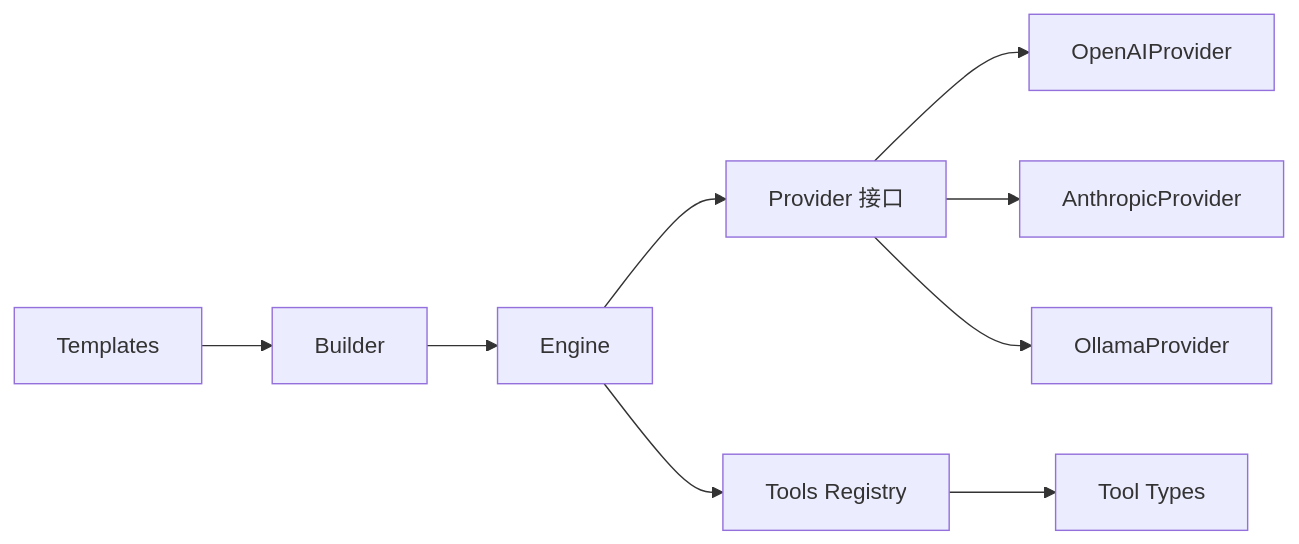
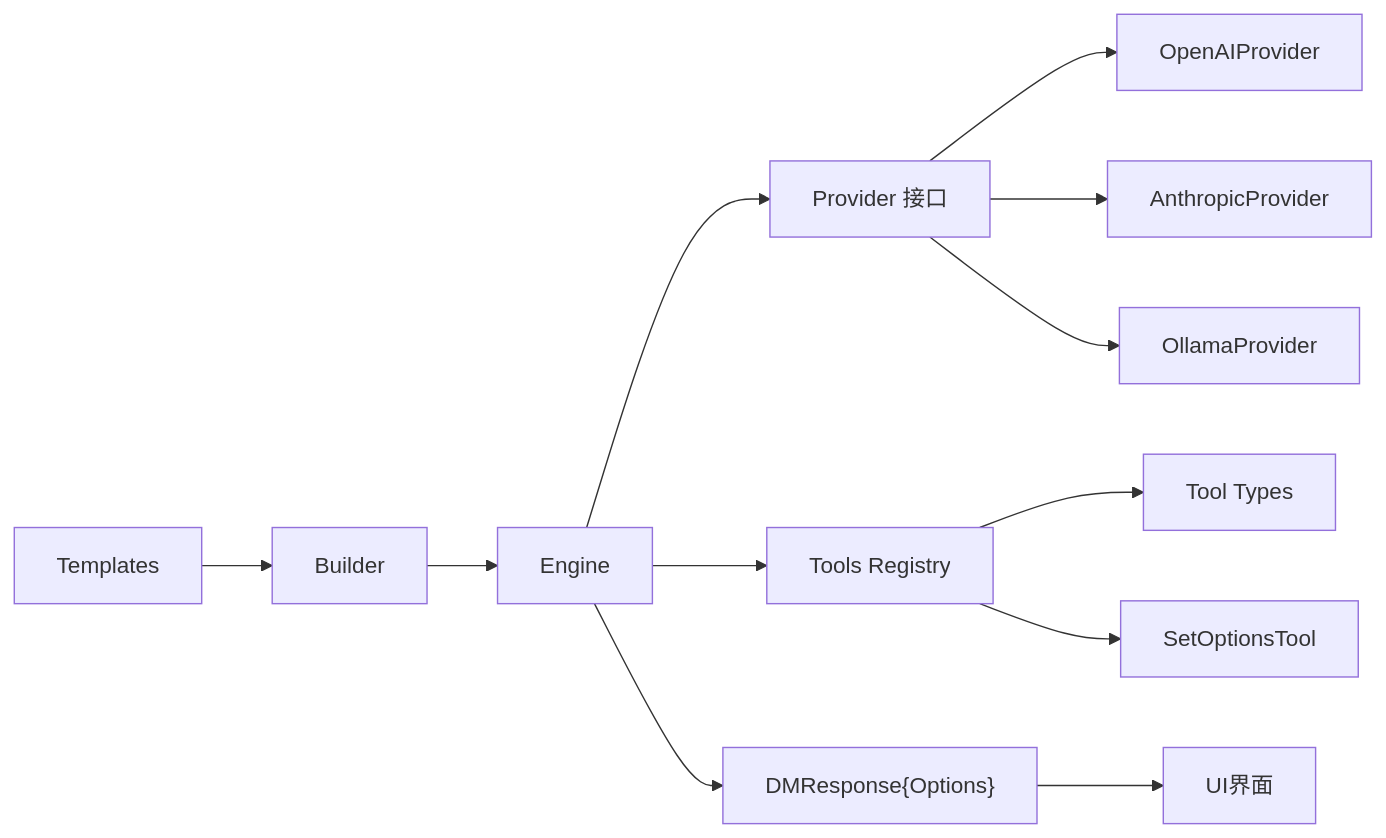
Before and after one commit to zwh8800/cdnd: the eighth of 8 diagrams in .qoder/repowiki/zh/content/LLM集成系统/提示词系统.md, drawn with Mermaid. The commit also changed other lines of this file and 5 other files, not shown here.

````diff
--- a/.qoder/repowiki/zh/content/LLM集成系统/提示词系统.md
+++ b/.qoder/repowiki/zh/content/LLM集成系统/提示词系统.md
@@ -328,11 +398,14 @@
 ```mermaid
 graph LR
 TPL["Templates"] --> BLD["Builder"]
 BLD --> ENG["Engine"]
 ENG --> IFACE["Provider 接口"]
 IFACE --> OPENAI["OpenAIProvider"]
 IFACE --> ANTH["AnthropicProvider"]
 IFACE --> OLL["OllamaProvider"]
 ENG --> TOOLREG["Tools Registry"]
 TOOLREG --> TYPES["Tool Types"]
+TOOLREG --> SETOPT["SetOptionsTool"]
+ENG --> DMRESP["DMResponse{Options}"]
+DMRESP --> UI["UI界面"]
 ```
````
